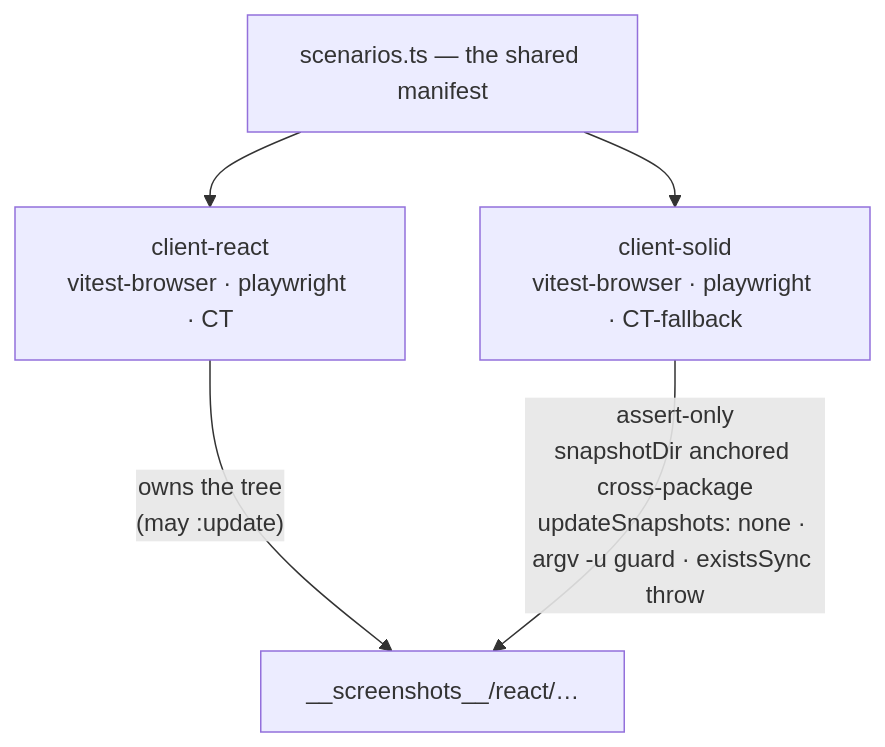
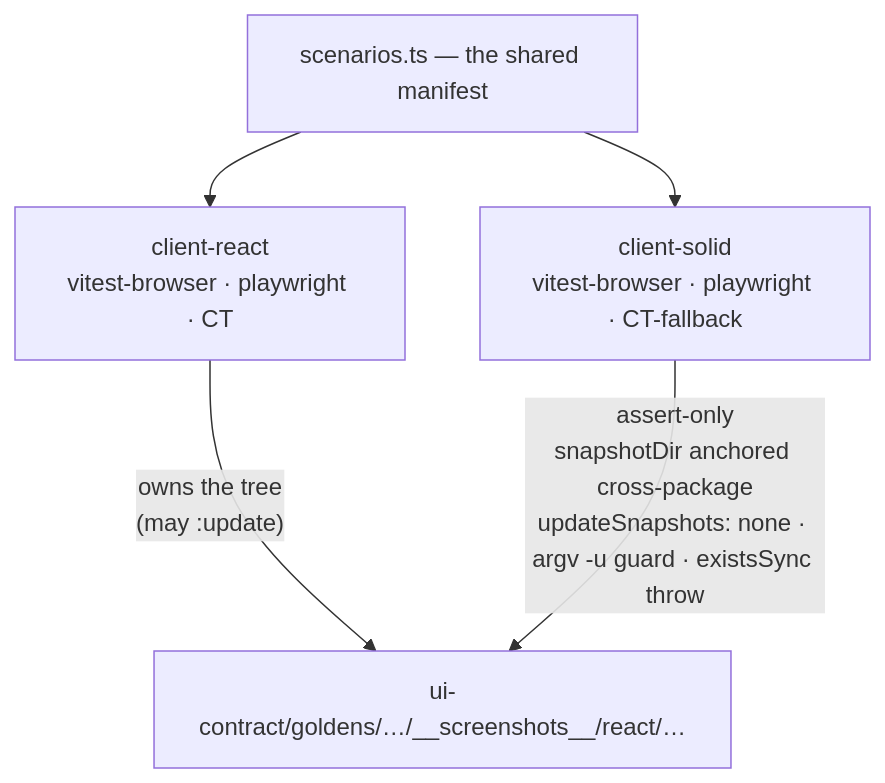
Before and after one commit to bettersoftware-io/ReactiveTraderCloudClone: the third of 4 diagrams in docs/architecture/21-cross-framework-testing.md, drawn with Mermaid. The commit also changed other lines of this file and 15 other files, not shown here.

First line of the commit message:
docs(goldens): relocation sweep — ui-contract/goldens is the pixel contract's home

````diff
--- a/docs/architecture/21-cross-framework-testing.md
+++ b/docs/architecture/21-cross-framework-testing.md
@@ -268,8 +271,8 @@
 ```mermaid
 flowchart TB
     SCEN["scenarios.ts — the shared manifest"]
     SCEN --> R["client-react<br/>vitest-browser · playwright · CT"]
     SCEN --> S["client-solid<br/>vitest-browser · playwright · CT-fallback"]
-    R -- "owns the tree<br/>(may :update)" --> G["__screenshots__/react/…"]
+    R -- "owns the tree<br/>(may :update)" --> G["ui-contract/goldens/…/__screenshots__/react/…"]
     S -- "assert-only<br/>snapshotDir anchored cross-package<br/>updateSnapshots: none · argv -u guard · existsSync throw" --> G
 ```
````
